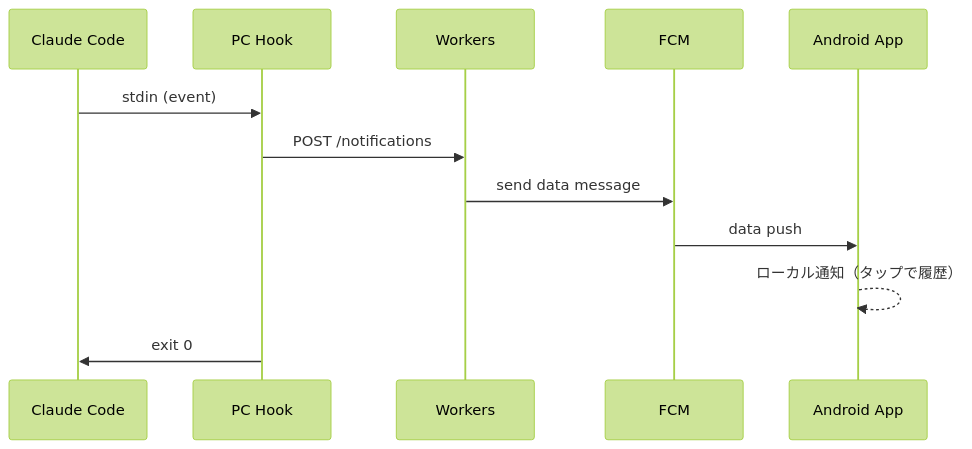
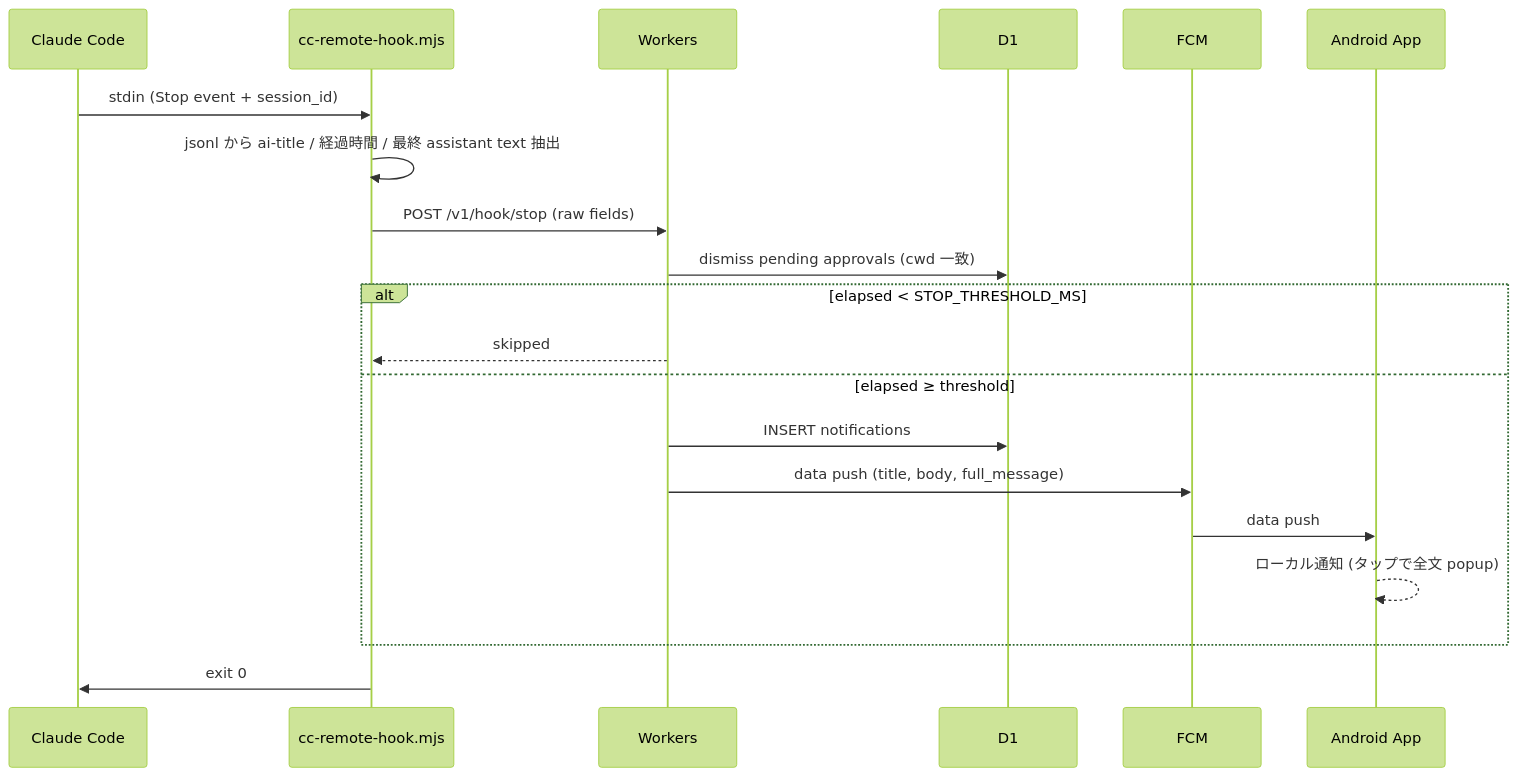
The second of 2 diagrams in docs/handover.md (tachibanayu24/claude-code-remote), drawn with Mermaid (forest theme) before and after one commit. The commit also changed other lines of this file and 3 other files, not shown here.

````diff
--- a/docs/handover.md
+++ b/docs/handover.md
@@ -106,15 +121,23 @@
 ```mermaid
 sequenceDiagram
   participant CC as Claude Code
-  participant H as PC Hook
+  participant H as cc-remote-hook.mjs
   participant W as Workers
+  participant D as D1
   participant F as FCM
   participant A as Android App
 
-  CC->>H: stdin (event)
-  H->>W: POST /notifications
-  W->>F: send data message
-  F->>A: data push
-  A-->>A: ローカル通知（タップで履歴）
+  CC->>H: stdin (Stop event + session_id)
+  H->>H: jsonl から ai-title / 経過時間 / 最終 assistant text 抽出
+  H->>W: POST /v1/hook/stop (raw fields)
+  W->>D: dismiss pending approvals (cwd 一致)
+  alt elapsed < STOP_THRESHOLD_MS
+    W-->>H: skipped
+  else elapsed ≥ threshold
+    W->>D: INSERT notifications
+    W->>F: data push (title, body, full_message)
+    F->>A: data push
+    A-->>A: ローカル通知 (タップで全文 popup)
+  end
   H->>CC: exit 0
 ```
````
